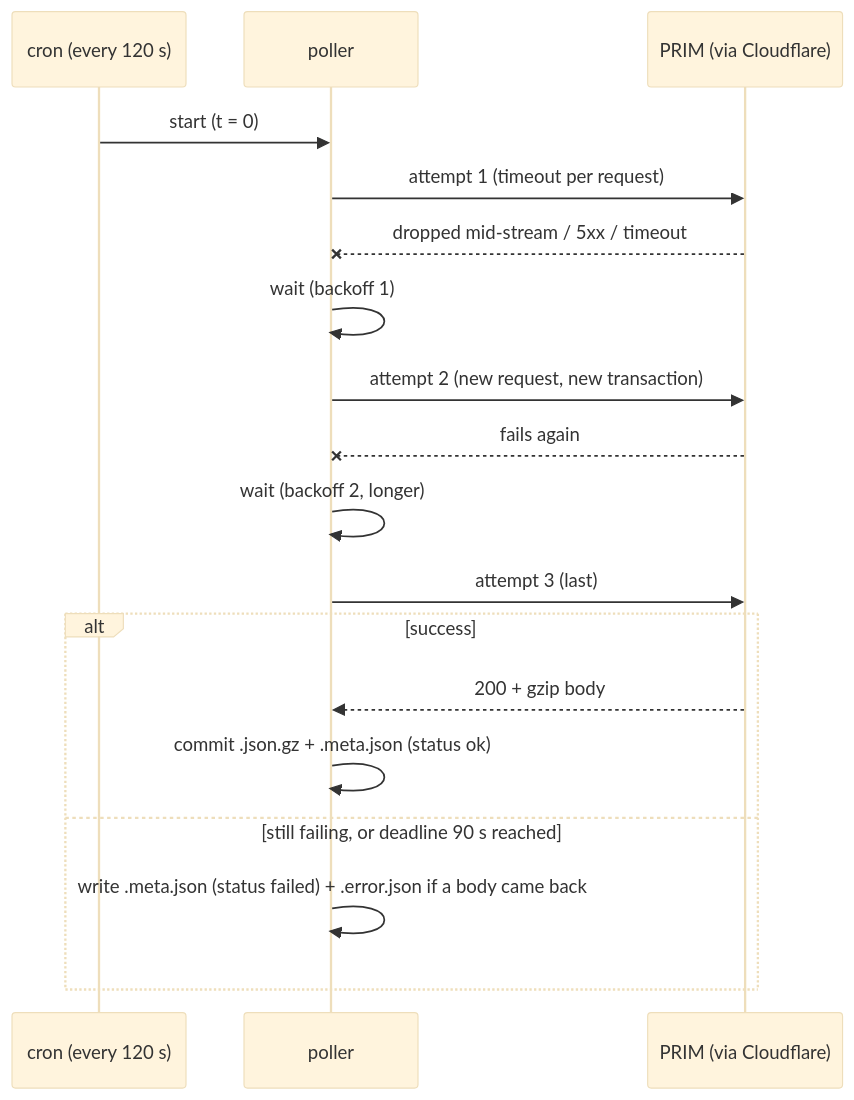
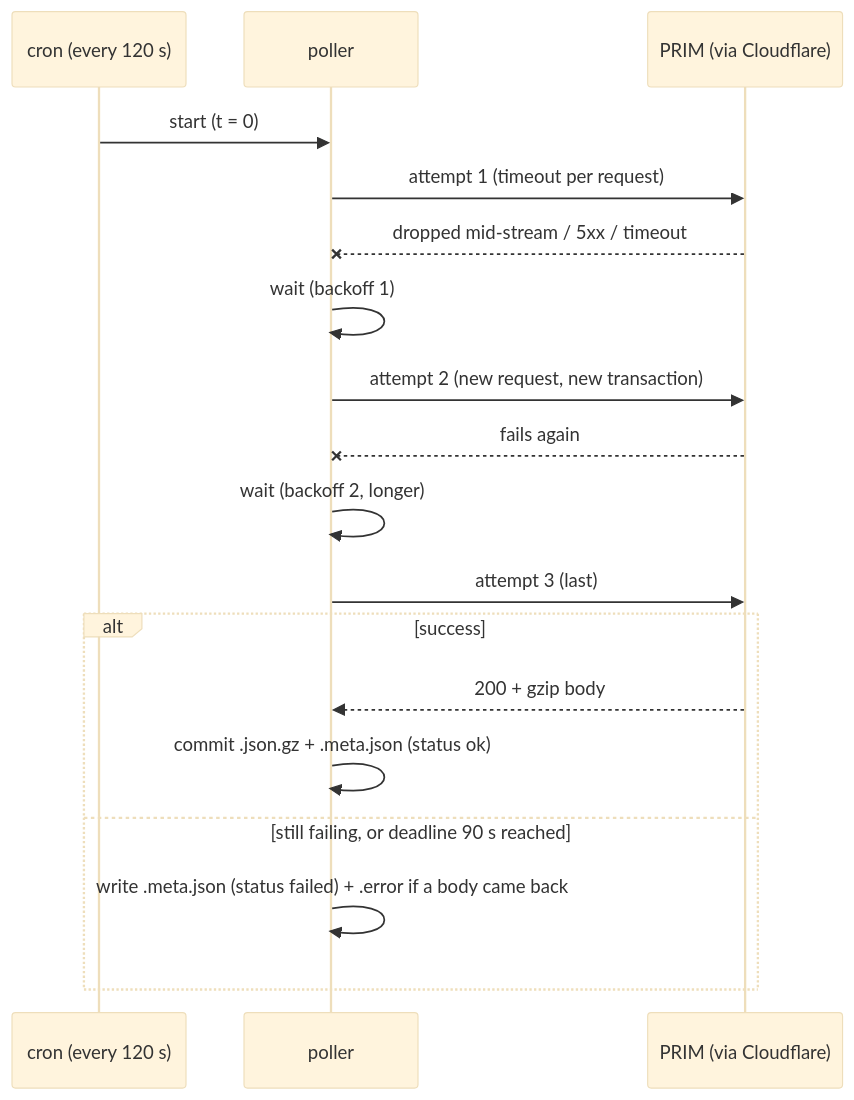
One commit to ChaimaGharbi/paris-transit-reliability changed the diagram in docs/adr/0004-poller-retries-and-failure-records.md. Above: the diagram before and after it, drawn with Mermaid (base theme). The commit also changed other lines of this file and 1 other file, not shown here.

````diff
--- a/docs/adr/0004-poller-retries-and-failure-records.md
+++ b/docs/adr/0004-poller-retries-and-failure-records.md
@@ -52,20 +52,20 @@
 ```mermaid
 sequenceDiagram
     participant C as cron (every 120 s)
     participant P as poller
     participant API as PRIM (via Cloudflare)
     C->>P: start (t = 0)
     P->>API: attempt 1 (timeout per request)
     API--xP: dropped mid-stream / 5xx / timeout
     P->>P: wait (backoff 1)
     P->>API: attempt 2 (new request, new transaction)
     API--xP: fails again
     P->>P: wait (backoff 2, longer)
     P->>API: attempt 3 (last)
     alt success
         API-->>P: 200 + gzip body
         P->>P: commit .json.gz + .meta.json (status ok)
     else still failing, or deadline 90 s reached
-        P->>P: write .meta.json (status failed) + .error.json if a body came back
+        P->>P: write .meta.json (status failed) + .error if a body came back
     end
 ```
````
